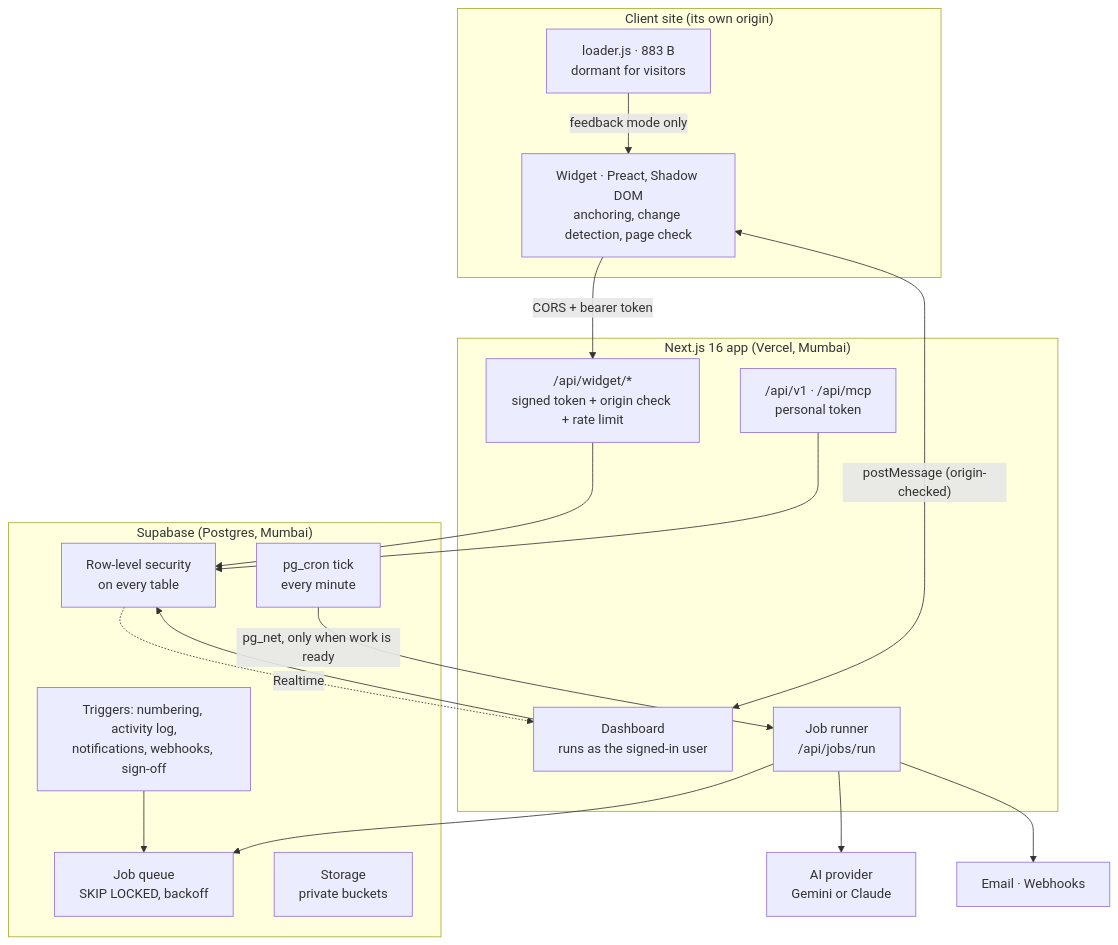
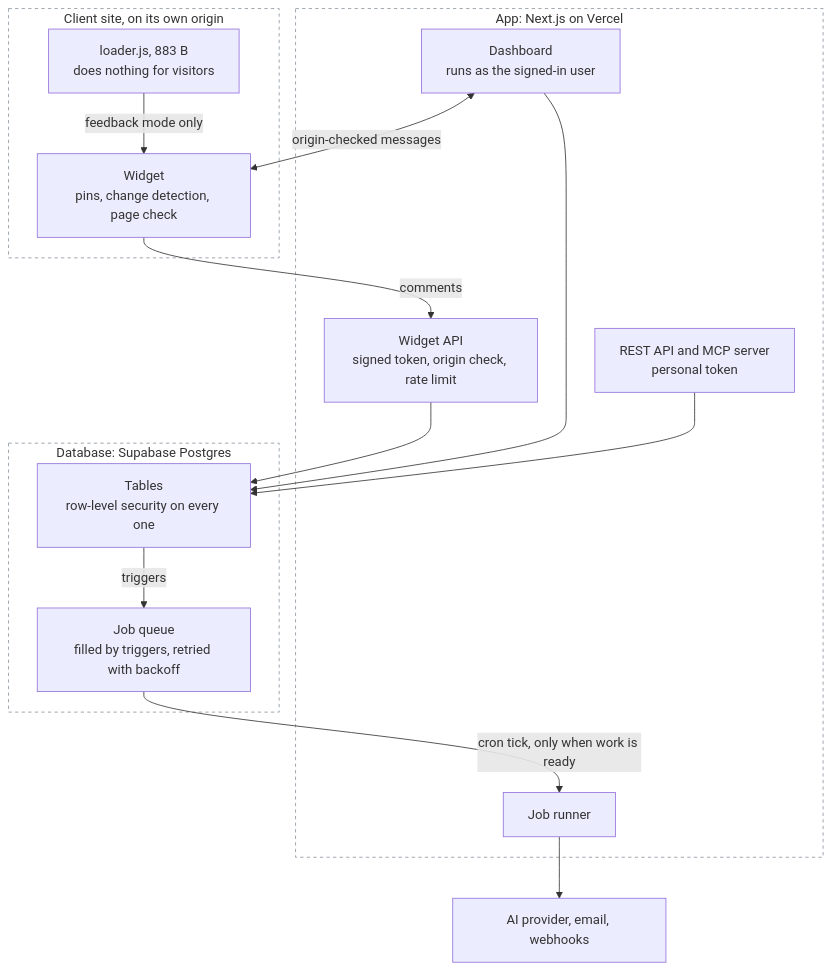
Before and after one commit to n-3-0-l-d-3-v/basefeed: the fourth of 6 diagrams in README.md, drawn with Mermaid. The commit also changed other lines of this file and 1 other file, not shown here.

Commit message:
docs: README header with live links, pipeline split into three small diagrams, system diagram readable on dark theme

````diff
--- a/README.md
+++ b/README.md
@@ -72,35 +95,33 @@
 ```mermaid
 flowchart TB
-  subgraph site["Client site (its own origin)"]
-    L["loader.js · 883 B<br/>dormant for visitors"]
-    W["Widget · Preact, Shadow DOM<br/>anchoring, change detection, page check"]
+  subgraph site["Client site, on its own origin"]
+    L["loader.js, 883 B<br/>does nothing for visitors"]
+    W["Widget<br/>pins, change detection, page check"]
     L -->|feedback mode only| W
   end
 
-  subgraph app["Next.js 16 app (Vercel, Mumbai)"]
-    WA["/api/widget/*<br/>signed token + origin check + rate limit"]
+  subgraph app["App: Next.js on Vercel"]
+    WA["Widget API<br/>signed token, origin check, rate limit"]
     D["Dashboard<br/>runs as the signed-in user"]
-    API["/api/v1 · /api/mcp<br/>personal token"]
-    J["Job runner<br/>/api/jobs/run"]
+    API["REST API and MCP server<br/>personal token"]
+    J["Job runner"]
   end
 
-  subgraph db["Supabase (Postgres, Mumbai)"]
-    RLS["Row-level security<br/>on every table"]
-    T["Triggers: numbering, activity log,<br/>notifications, webhooks, sign-off"]
-    Q["Job queue<br/>SKIP LOCKED, backoff"]
-    C["pg_cron tick<br/>every minute"]
-    S["Storage<br/>private buckets"]
+  subgraph db["Database: Supabase Postgres"]
+    RLS["Tables<br/>row-level security on every one"]
+    Q["Job queue<br/>filled by triggers, retried with backoff"]
   end
 
-  W -->|CORS + bearer token| WA
-  D <-->|"postMessage (origin-checked)"| W
+  W -->|comments| WA
+  D <-->|origin-checked messages| W
   WA --> RLS
   D --> RLS
   API --> RLS
-  T --> Q
-  C -->|pg_net, only when work is ready| J
-  J --> Q
-  J --> AI["AI provider<br/>Gemini or Claude"]
-  J --> M["Email · Webhooks"]
-  RLS -. Realtime .-> D
+  RLS -->|triggers| Q
+  Q -->|cron tick, only when work is ready| J
+  J --> OUT["AI provider, email, webhooks"]
+
+  style site fill:transparent,stroke:#8b949e,stroke-width:1px,stroke-dasharray:4 4
+  style app fill:transparent,stroke:#8b949e,stroke-width:1px,stroke-dasharray:4 4
+  style db fill:transparent,stroke:#8b949e,stroke-width:1px,stroke-dasharray:4 4
 ```
````
